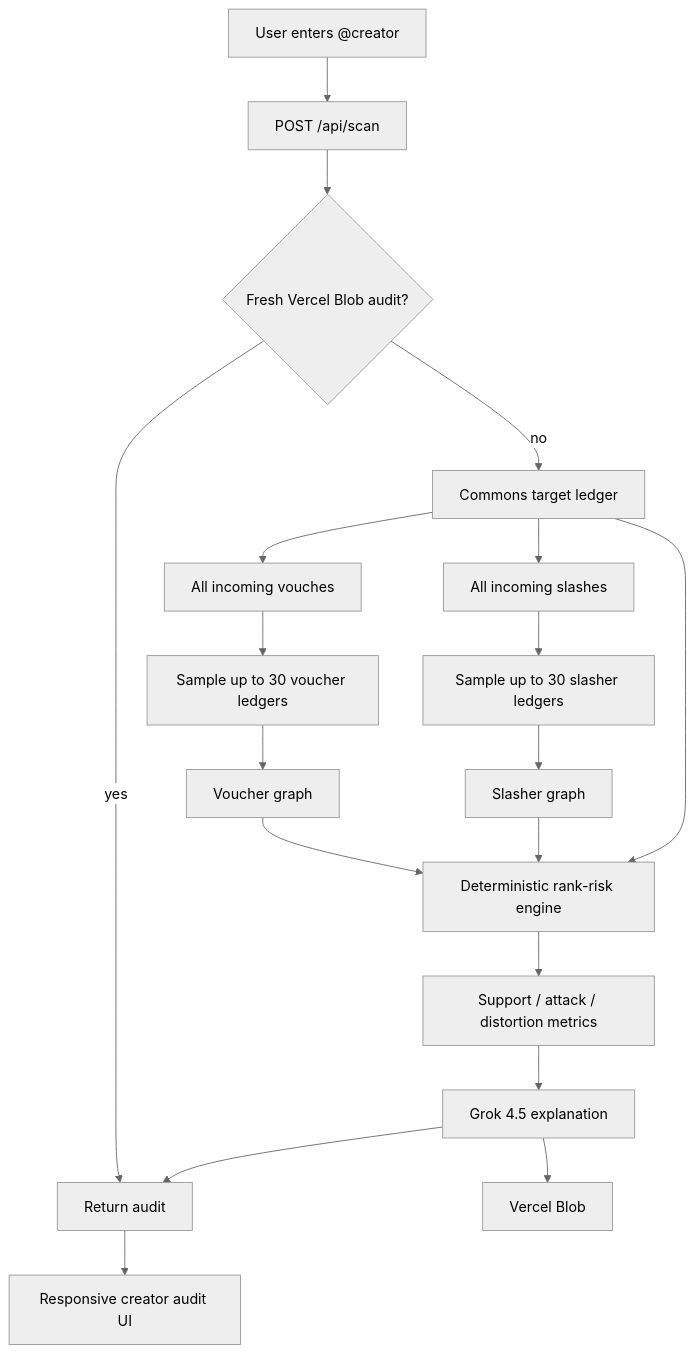
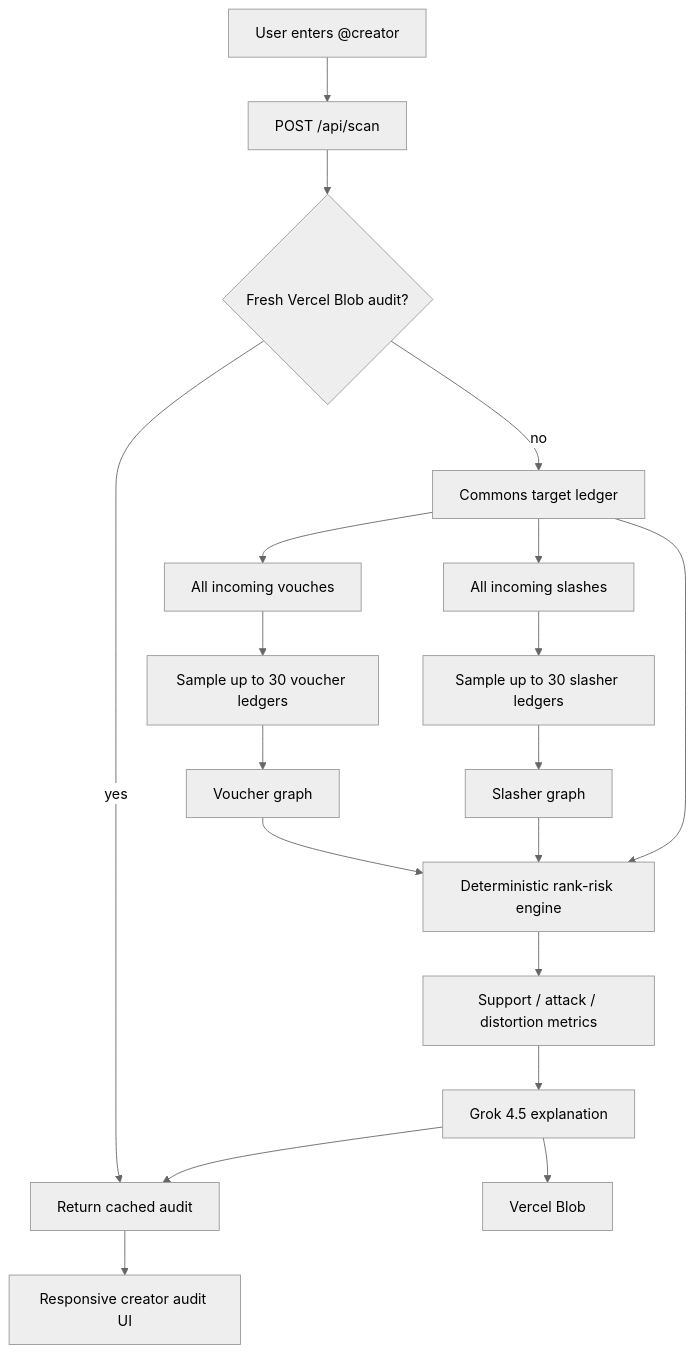
Before and after one commit to mssystem1/x-account-authentication-for-commons-: the first of 2 diagrams in README.md, drawn with Mermaid (neutral theme). The commit also changed other lines of this file, not shown here.

Commit message:
Fix README Mermaid diagrams and refresh v3 documentation

````diff
--- a/README.md
+++ b/README.md
@@ -106,26 +107,26 @@
 ```mermaid
 flowchart TD
-    U[User enters @creator] --> API[POST /api/scan]
-    API --> CACHE{Fresh Vercel Blob audit?}
-    CACHE -->|yes| RESULT[Return audit]
-    CACHE -->|no| TARGET[Commons target ledger]
+    U["User enters @creator"] --> API["POST /api/scan"]
+    API --> CACHE{"Fresh Vercel Blob audit?"}
+    CACHE -->|yes| RESULT["Return cached audit"]
+    CACHE -->|no| TARGET["Commons target ledger"]
 
-    TARGET --> VOUCHES[All incoming vouches]
-    TARGET --> SLASHES[All incoming slashes]
+    TARGET --> VOUCHES["All incoming vouches"]
+    TARGET --> SLASHES["All incoming slashes"]
 
-    VOUCHES --> VSAMPLE[Sample up to 30 voucher ledgers]
-    SLASHES --> SSAMPLE[Sample up to 30 slasher ledgers]
+    VOUCHES --> VSAMPLE["Sample up to 30 voucher ledgers"]
+    SLASHES --> SSAMPLE["Sample up to 30 slasher ledgers"]
 
-    VSAMPLE --> VGRAPH[Voucher graph]
-    SSAMPLE --> SGRAPH[Slasher graph]
+    VSAMPLE --> VGRAPH["Voucher graph"]
+    SSAMPLE --> SGRAPH["Slasher graph"]
 
-    VGRAPH --> ENGINE[Deterministic rank-risk engine]
+    VGRAPH --> ENGINE["Deterministic rank-risk engine"]
     SGRAPH --> ENGINE
     TARGET --> ENGINE
 
-    ENGINE --> SCORES[Support / attack / distortion metrics]
-    SCORES --> GROK[Grok 4.5 explanation]
-    GROK --> STORE[Vercel Blob]
+    ENGINE --> SCORES["Support / attack / distortion metrics"]
+    SCORES --> GROK["Grok 4.5 explanation"]
+    GROK --> STORE["Vercel Blob"]
     GROK --> RESULT
-    RESULT --> UI[Responsive creator audit UI]
+    RESULT --> UI["Responsive creator audit UI"]
 ```
````
